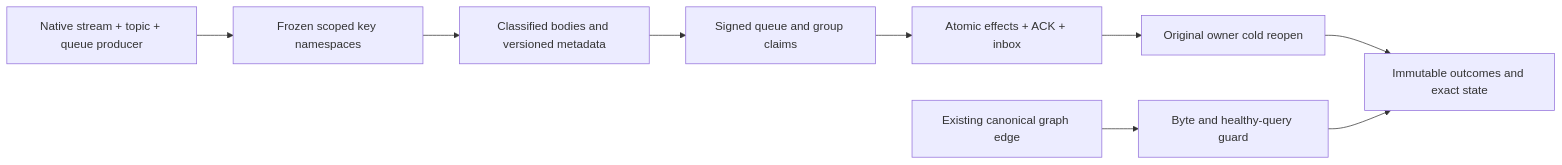
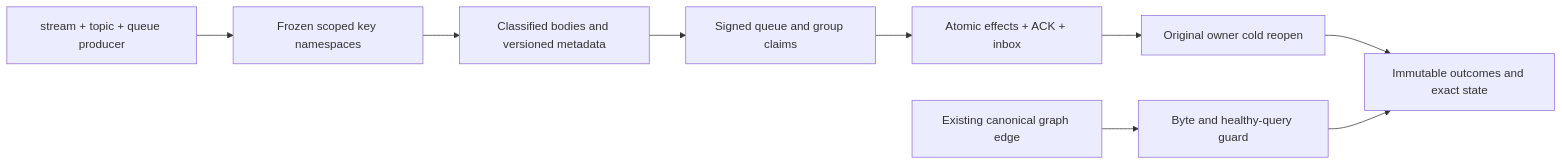
Before and after one commit to managedcode/KeyLoad: the diagram in docs/Features/EventStreams/KeyspaceStateEnvelopes.md, drawn with Mermaid. The commit also changed other lines of this file and 9016 other files, not shown here.

````diff
--- a/docs/Features/EventStreams/KeyspaceStateEnvelopes.md
+++ b/docs/Features/EventStreams/KeyspaceStateEnvelopes.md
@@ -12,11 +12,11 @@
 ```mermaid
 flowchart LR
-    Producer[Native stream + topic + queue producer] --> Keys[Frozen scoped key namespaces]
+    Producer[stream + topic + queue producer] --> Keys[Frozen scoped key namespaces]
     Keys --> State[Classified bodies and versioned metadata]
     State --> Claim[Signed queue and group claims]
     Claim --> Processing[Atomic effects + ACK + inbox]
     Processing --> Cold[Original owner cold reopen]
     Cold --> Replay[Immutable outcomes and exact state]
     Graph[Existing canonical graph edge] --> Guard[Byte and healthy-query guard]
     Guard --> Replay
 ```
````
